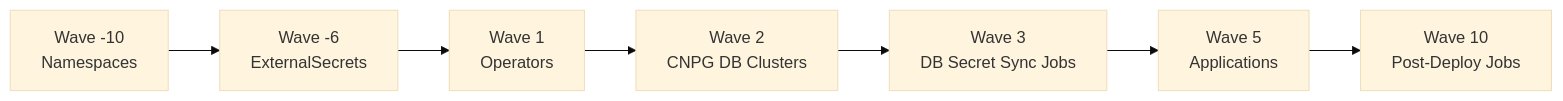
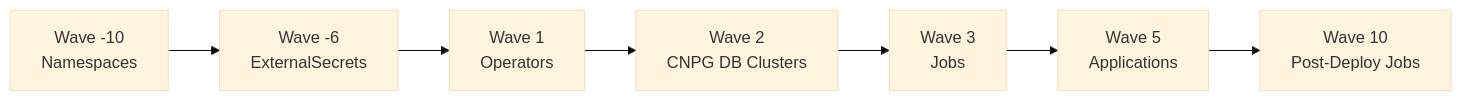
Before and after one commit to GarthvandenBerg/Talos-KubeSpan-Homelab: the second of 2 diagrams in README.md, drawn with Mermaid (base theme). The commit also changed other lines of this file and 8 other files, not shown here.

````diff
--- a/README.md
+++ b/README.md
@@ -288,9 +284,9 @@
 ```mermaid
 flowchart LR
     W10["Wave -10<br/>Namespaces"] --> W6["Wave -6<br/>ExternalSecrets"]
     W6 --> W1["Wave 1<br/>Operators"]
     W1 --> W2["Wave 2<br/>CNPG DB Clusters"]
-    W2 --> W3["Wave 3<br/>DB Secret Sync Jobs"]
+    W2 --> W3["Wave 3<br/>Jobs"]
     W3 --> W5["Wave 5<br/>Applications"]
     W5 --> W10P["Wave 10<br/>Post-Deploy Jobs"]
 ```
````
